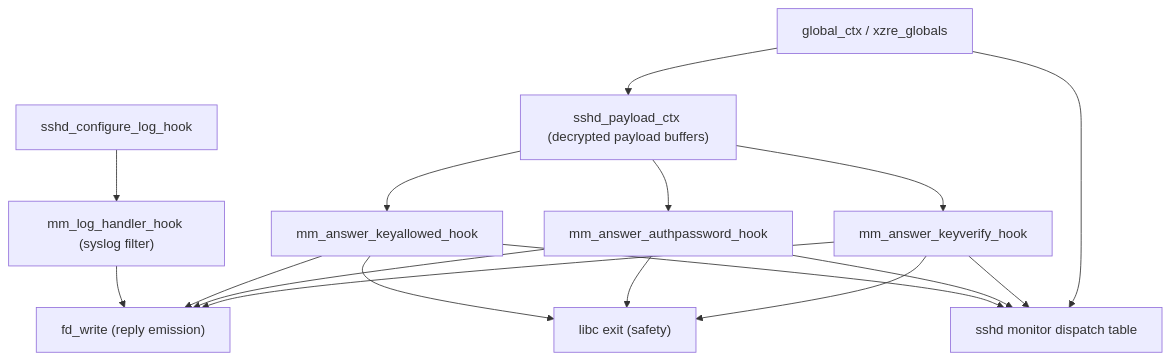
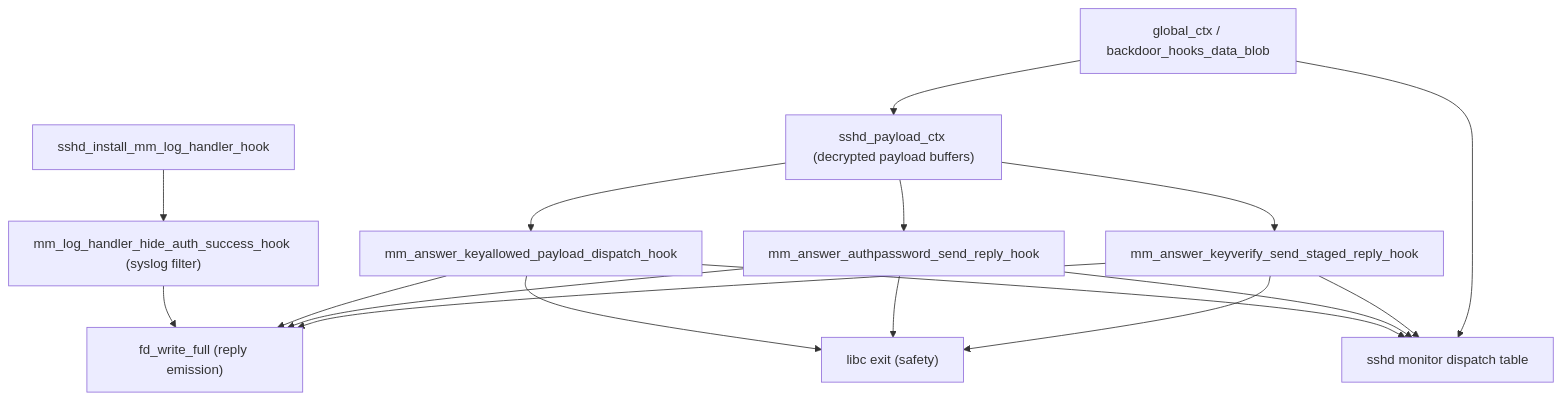
Before and after one commit to vanbako/xzre-ghidra: the second of 10 diagrams in docs/backdoor_functionality.md, drawn with Mermaid. The commit also changed other lines of this file and 17 other files, not shown here.

````diff
--- a/docs/backdoor_functionality.md
+++ b/docs/backdoor_functionality.md
@@ -91,30 +91,30 @@
 ```mermaid
 flowchart TD
-    globals["global_ctx / xzre_globals"]
+    globals["global_ctx / backdoor_hooks_data_blob"]
     payload_ctx["sshd_payload_ctx (decrypted payload buffers)"]
     monitor_table["sshd monitor dispatch table"]
-    mm_keyverify["mm_answer_keyverify_hook"]
-    mm_authpw["mm_answer_authpassword_hook"]
-    mm_keyallowed["mm_answer_keyallowed_hook"]
-    log_cfg["sshd_configure_log_hook"]
-    log_hook["mm_log_handler_hook (syslog filter)"]
-    fd_write["fd_write (reply emission)"]
+    mm_keyverify["mm_answer_keyverify_send_staged_reply_hook"]
+    mm_authpw["mm_answer_authpassword_send_reply_hook"]
+    mm_keyallowed["mm_answer_keyallowed_payload_dispatch_hook"]
+    log_cfg["sshd_install_mm_log_handler_hook"]
+    log_hook["mm_log_handler_hide_auth_success_hook (syslog filter)"]
+    fd_write_full["fd_write_full (reply emission)"]
     exit_fn["libc exit (safety)"]
 
     globals --> payload_ctx
     globals --> monitor_table
     log_cfg --> log_hook
     payload_ctx --> mm_keyverify
     payload_ctx --> mm_authpw
     payload_ctx --> mm_keyallowed
-    mm_keyverify --> fd_write
-    mm_authpw --> fd_write
-    mm_keyallowed --> fd_write
-    log_hook --> fd_write
+    mm_keyverify --> fd_write_full
+    mm_authpw --> fd_write_full
+    mm_keyallowed --> fd_write_full
+    log_hook --> fd_write_full
     mm_keyverify --> monitor_table
     mm_authpw --> monitor_table
     mm_keyallowed --> monitor_table
     mm_keyverify --> exit_fn
     mm_authpw --> exit_fn
     mm_keyallowed --> exit_fn
 ```
````
